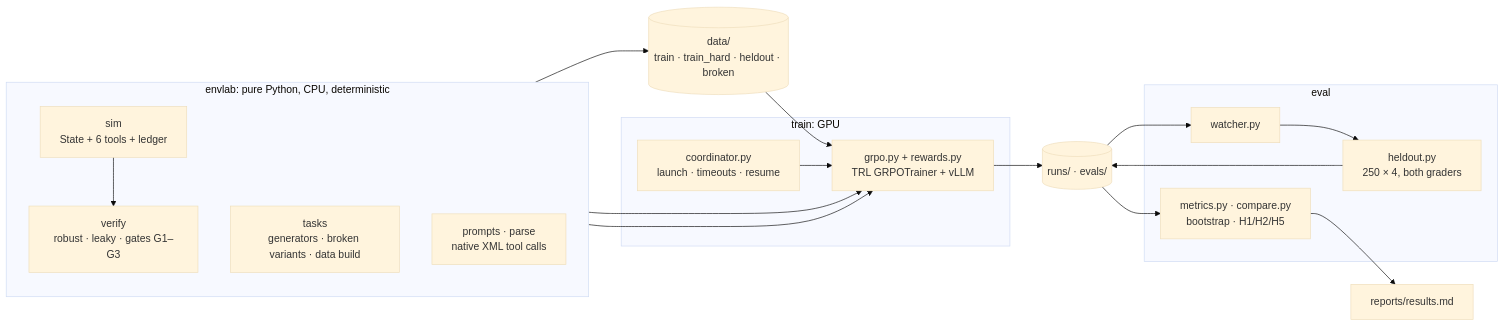
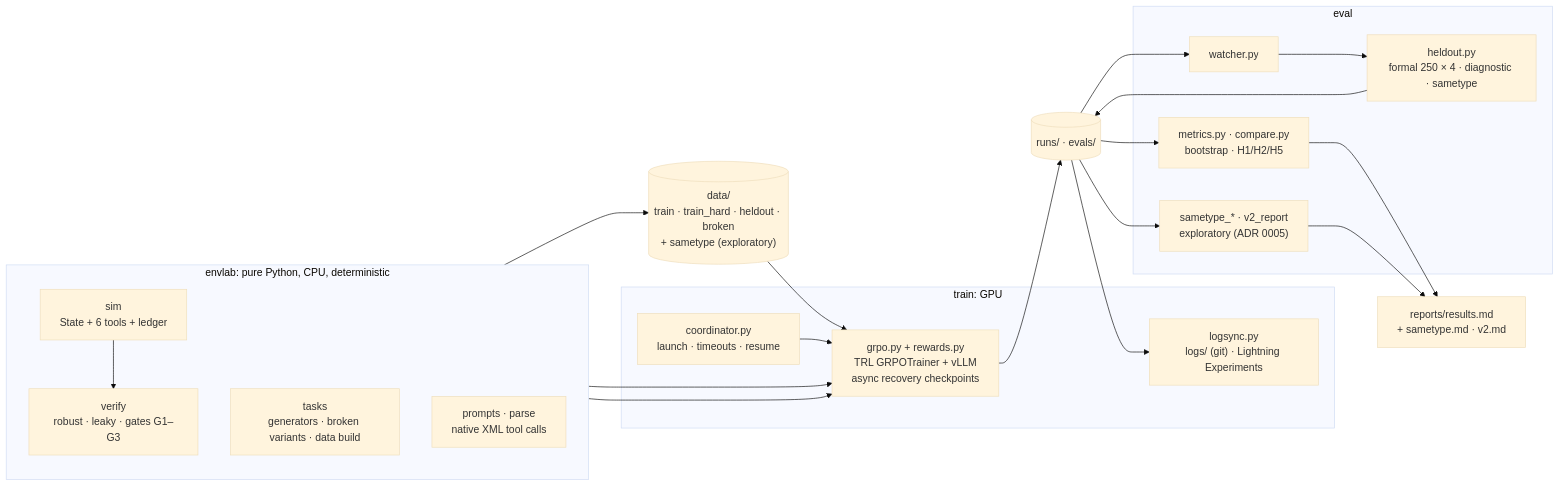
The first of 7 diagrams in ARCHITECTURE.md (codexceed/rl-env-lab), drawn with Mermaid (base theme) before and after one commit. The commit also changed other lines of this file, not shown here.

Commit message:
docs(repo): sync ARCHITECTURE.md with the repo (async recovery, v2 variant, sametype split, logsync, node layout)

````diff
--- a/ARCHITECTURE.md
+++ b/ARCHITECTURE.md
@@ -11,34 +11,38 @@
 ```mermaid
 flowchart LR
   subgraph ENV["envlab: pure Python, CPU, deterministic"]
     direction TB
     SIM["sim<br/>State + 6 tools + ledger"]
     TASKS["tasks<br/>generators · broken variants · data build"]
     VERIFY["verify<br/>robust · leaky · gates G1–G3"]
     PROMPTS["prompts · parse<br/>native XML tool calls"]
   end
   subgraph TRAIN["train: GPU"]
-    GRPO["grpo.py + rewards.py<br/>TRL GRPOTrainer + vLLM"]
+    GRPO["grpo.py + rewards.py<br/>TRL GRPOTrainer + vLLM<br/>async recovery checkpoints"]
     COORD["coordinator.py<br/>launch · timeouts · resume"]
+    SYNC["logsync.py<br/>logs/ (git) · Lightning Experiments"]
   end
   subgraph EVAL["eval"]
-    HELD["heldout.py<br/>250 × 4, both graders"]
+    HELD["heldout.py<br/>formal 250 × 4 · diagnostic · sametype"]
     WATCH["watcher.py"]
     CMP["metrics.py · compare.py<br/>bootstrap · H1/H2/H5"]
+    EXP["sametype_* · v2_report<br/>exploratory (ADR 0005)"]
   end
-  DATA[("data/<br/>train · train_hard · heldout · broken")]
+  DATA[("data/<br/>train · train_hard · heldout · broken<br/>+ sametype (exploratory)")]
   RUNS[("runs/ · evals/")]
-  REP["reports/results.md"]
+  REP["reports/results.md<br/>+ sametype.md · v2.md"]
 
   TASKS --> DATA
   DATA --> GRPO
   SIM --> VERIFY
   PROMPTS --> GRPO
   VERIFY --> GRPO
   COORD --> GRPO
   GRPO --> RUNS
   WATCH --> HELD
   RUNS --> WATCH
   HELD --> RUNS
   RUNS --> CMP --> REP
+  RUNS --> EXP --> REP
+  RUNS --> SYNC
 ```
````
